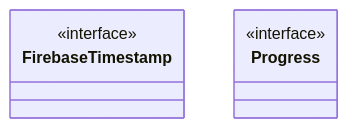
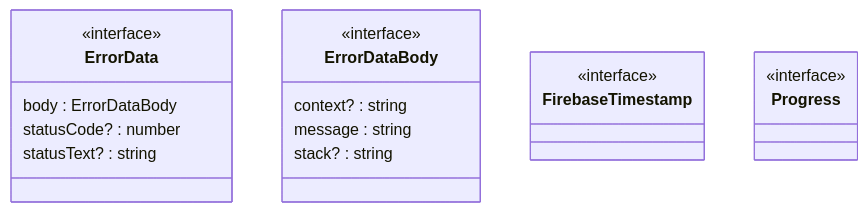
One commit to data-positioning/datapos-shared changed diagram 22 of 22 in README.md. Above: the diagram before and after it, drawn with Mermaid. The commit also changed other lines of this file and 6 other files, not shown here.

````diff
--- a/README.md
+++ b/README.md
@@ -683,12 +778,26 @@
 ```mermaid
 classDiagram
     direction TB
+
+    class ErrorData {
+            <<interface>>
+        body : ErrorDataBody
+        statusCode? : number
+        statusText? : string
+    }
+
+    class ErrorDataBody {
+            <<interface>>
+        context? : string
+        message : string
+        stack? : string
+    }
 
     class FirebaseTimestamp {
         <<interface>>
     }
 
     class Progress {
         <<interface>>
     }
 ```
````
